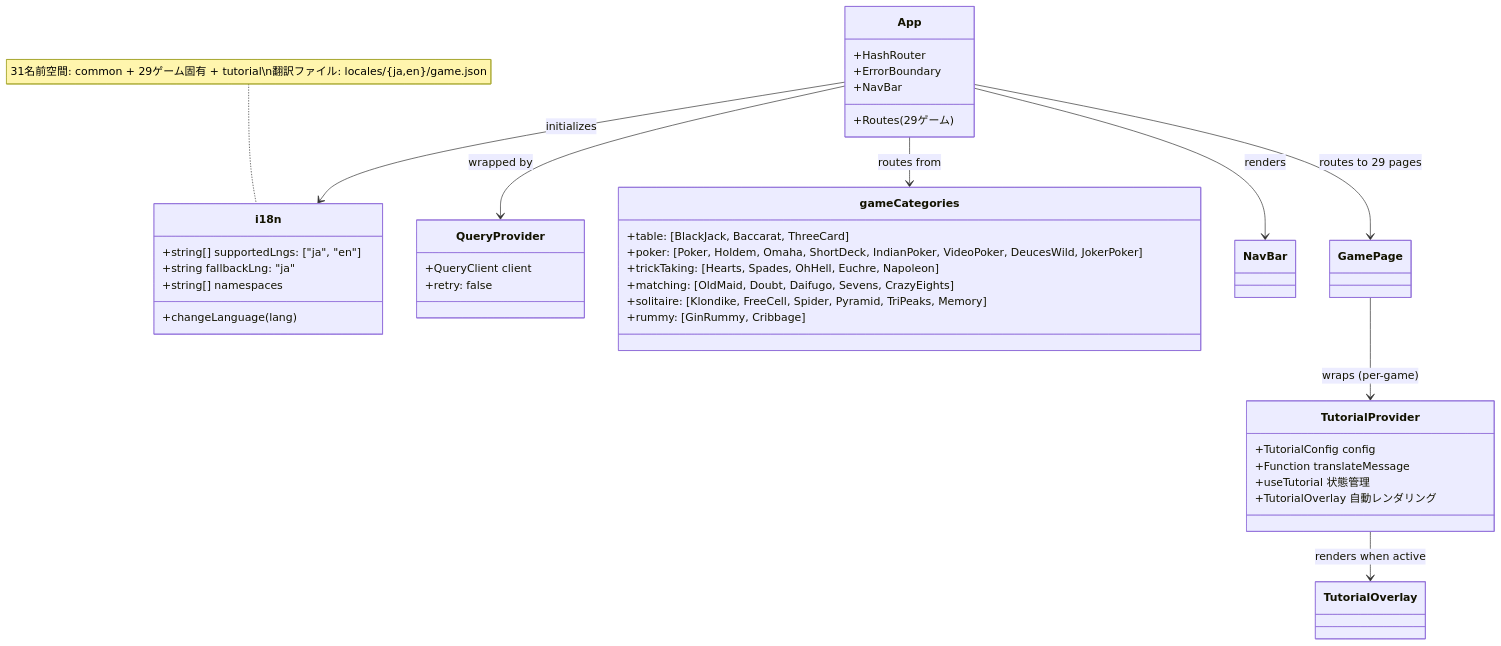
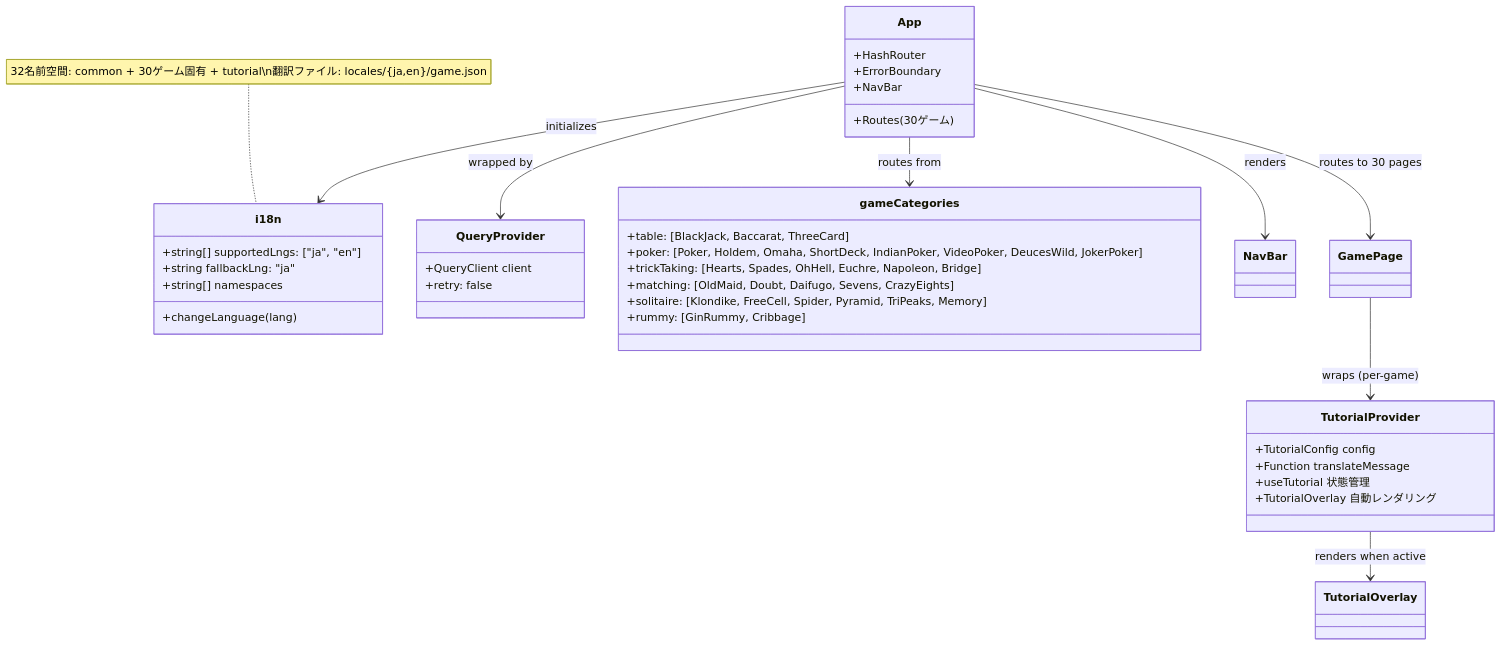
One commit to yuta-yoshinaga/go_trumpcards changed the eighth of 21 diagrams in docs/design/frontend.md. Above: the diagram before and after it, drawn with Mermaid. The commit also changed other lines of this file and 52 other files, not shown here.

First line of the commit message:
feat: add Contract Bridge game (#1054)

````diff
--- a/docs/design/frontend.md
+++ b/docs/design/frontend.md
@@ -987,47 +1009,47 @@
 ```mermaid
 classDiagram
     class i18n {
         +string[] supportedLngs: ["ja", "en"]
         +string fallbackLng: "ja"
         +string[] namespaces
         +changeLanguage(lang)
     }
 
     class QueryProvider {
         +QueryClient client
         +retry: false
     }
 
     class App {
         +HashRouter
         +ErrorBoundary
         +NavBar
-        +Routes (29ゲーム)
+        +Routes (30ゲーム)
     }
 
     class gameCategories {
         +table: [BlackJack, Baccarat, ThreeCard]
         +poker: [Poker, Holdem, Omaha, ShortDeck, IndianPoker, VideoPoker, DeucesWild, JokerPoker]
-        +trickTaking: [Hearts, Spades, OhHell, Euchre, Napoleon]
+        +trickTaking: [Hearts, Spades, OhHell, Euchre, Napoleon, Bridge]
         +matching: [OldMaid, Doubt, Daifugo, Sevens, CrazyEights]
         +solitaire: [Klondike, FreeCell, Spider, Pyramid, TriPeaks, Memory]
         +rummy: [GinRummy, Cribbage]
     }
 
     class TutorialProvider {
         +TutorialConfig config
         +Function translateMessage
         +useTutorial 状態管理
         +TutorialOverlay 自動レンダリング
     }
 
     App --> QueryProvider : wrapped by
     App --> i18n : initializes
     App --> gameCategories : routes from
     App --> NavBar : renders
-    App --> GamePage : routes to 29 pages
+    App --> GamePage : routes to 30 pages
     GamePage --> TutorialProvider : wraps (per-game)
     TutorialProvider --> TutorialOverlay : renders when active
 
-    note for i18n "31名前空間: common + 29ゲーム固有 + tutorial\n翻訳ファイル: locales/{ja,en}/game.json"
+    note for i18n "32名前空間: common + 30ゲーム固有 + tutorial\n翻訳ファイル: locales/{ja,en}/game.json"
 ```
````
